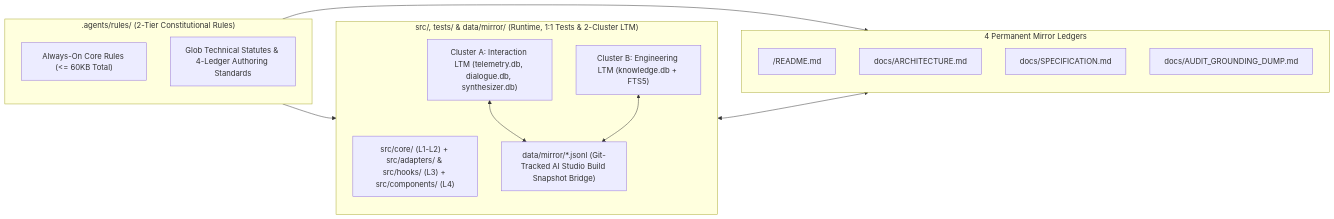
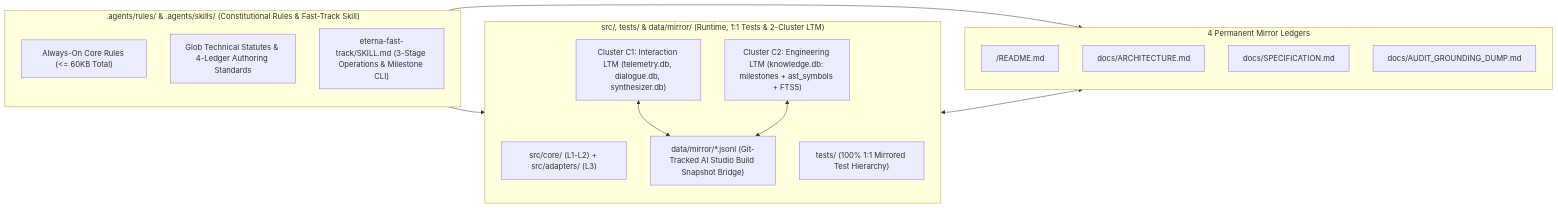
Before and after one commit to jinseobhong/eterna-luminas: the diagram in README.md, drawn with Mermaid. The commit also changed other lines of this file and 21 other files, not shown here.

Commit message:
feat(ltm): implement 2-cluster SQLite LTM, JSONL snapshot bridge, universal milestones & eterna-fast-track skill

````diff
--- a/README.md
+++ b/README.md
@@ -18,26 +18,28 @@
 ```mermaid
 flowchart LR
-    subgraph RULES[".agents/rules/ (2-Tier Constitutional Rules)"]
+    subgraph RULES[".agents/rules/ & .agents/skills/ (Constitutional Rules & Fast-Track Skill)"]
         ALWAYS["Always-On Core Rules (<= 60KB Total)"]
         GLOBS["Glob Technical Statutes & 4-Ledger Authoring Standards"]
+        SKILL["eterna-fast-track/SKILL.md (3-Stage Operations & Milestone CLI)"]
     end
 
     subgraph LEDGERS["4 Permanent Mirror Ledgers"]
         L_README["/README.md"]
         L_ARCH["docs/ARCHITECTURE.md"]
         L_SPEC["docs/SPECIFICATION.md"]
         L_DUMP["docs/AUDIT_GROUNDING_DUMP.md"]
     end
 
     subgraph RUNTIME["src/, tests/ & data/mirror/ (Runtime, 1:1 Tests & 2-Cluster LTM)"]
-        SRC["src/core/ (L1-L2) + src/adapters/ & src/hooks/ (L3) + src/components/ (L4)"]
-        LTM_INT["Cluster A: Interaction LTM (telemetry.db, dialogue.db, synthesizer.db)"]
-        LTM_ENG["Cluster B: Engineering LTM (knowledge.db + FTS5)"]
+        SRC["src/core/ (L1-L2) + src/adapters/ (L3)"]
+        TST["tests/ (100% 1:1 Mirrored Test Hierarchy)"]
+        LTM_INT["Cluster C1: Interaction LTM (telemetry.db, dialogue.db, synthesizer.db)"]
+        LTM_ENG["Cluster C2: Engineering LTM (knowledge.db: milestones + ast_symbols + FTS5)"]
         MIRROR["data/mirror/*.jsonl (Git-Tracked AI Studio Build Snapshot Bridge)"]
     end
 
     RULES --> LEDGERS
     RULES --> RUNTIME
     LTM_INT & LTM_ENG <--> MIRROR
     RUNTIME <--> LEDGERS
 ```
````
